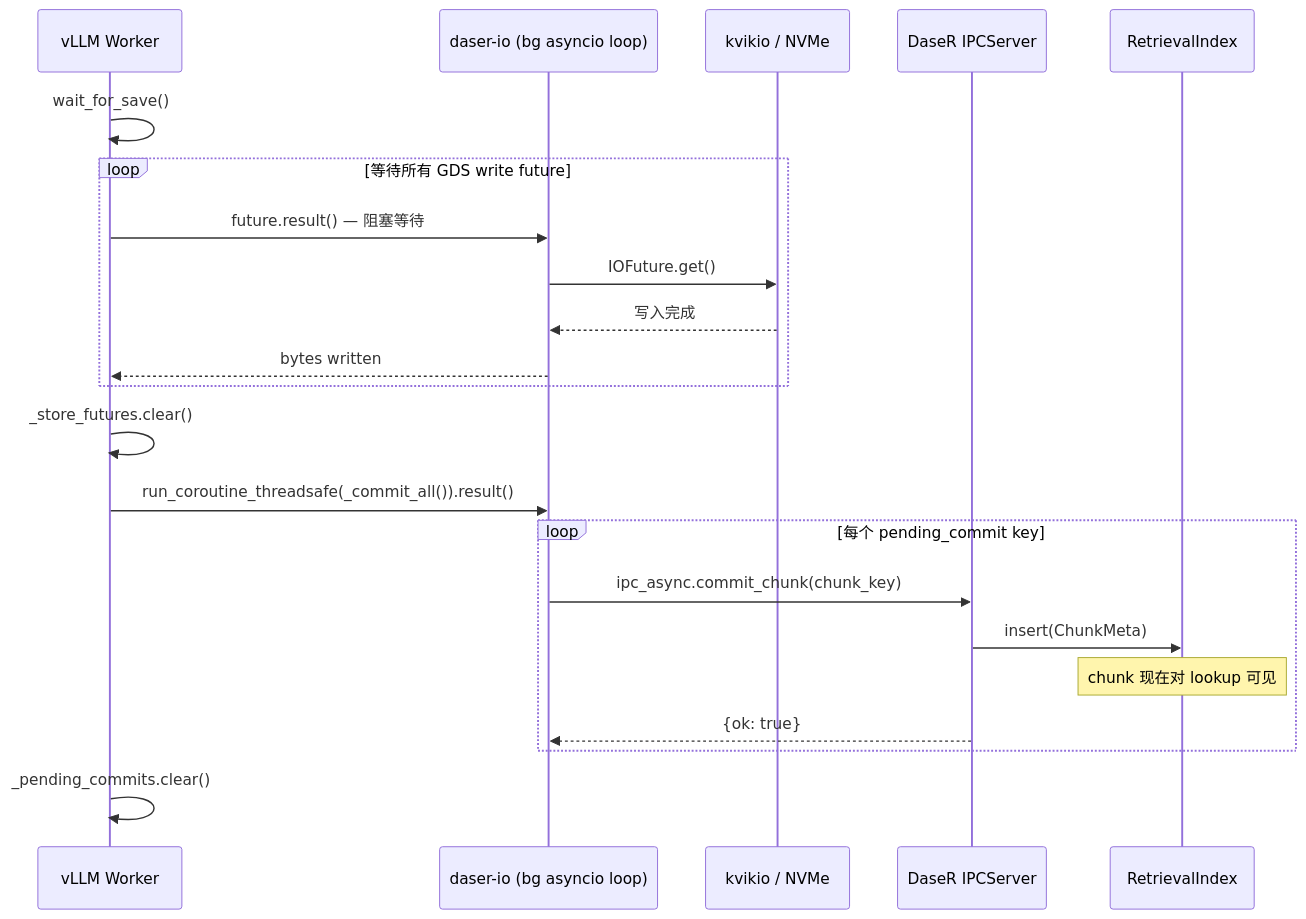
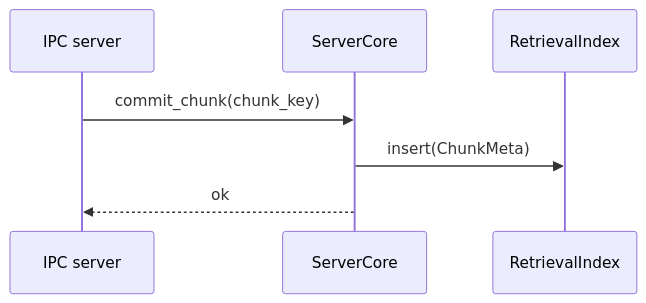
One commit to GentleCold/DaseR changed the fifth of 8 diagrams in docs/design/flows.md. Above: the diagram before and after it, drawn with Mermaid. The commit also changed other lines of this file and 5 other files, not shown here.

````diff
--- a/docs/design/flows.md
+++ b/docs/design/flows.md
@@ -58,26 +129,10 @@
 ```mermaid
 sequenceDiagram
-    participant W as vLLM Worker
-    participant BG as daser-io (bg asyncio loop)
-    participant KV as kvikio / NVMe
-    participant IPC as DaseR IPCServer
+    participant IPC as IPC server
+    participant C as ServerCore
     participant RI as RetrievalIndex
 
-    W->>W: wait_for_save()
-    loop 等待所有 GDS write future
-        W->>BG: future.result() — 阻塞等待
-        BG->>KV: IOFuture.get()
-        KV-->>BG: 写入完成
-        BG-->>W: bytes written
-    end
-    W->>W: _store_futures.clear()
-
-    W->>BG: run_coroutine_threadsafe(_commit_all()).result()
-    loop 每个 pending_commit key
-        BG->>IPC: ipc_async.commit_chunk(chunk_key)
-        IPC->>RI: insert(ChunkMeta)
-        Note over RI: chunk 现在对 lookup 可见
-        IPC-->>BG: {ok: true}
-    end
-    W->>W: _pending_commits.clear()
+    IPC->>C: commit_chunk(chunk_key)
+    C->>RI: insert(ChunkMeta)
+    C-->>IPC: ok
 ```
````
